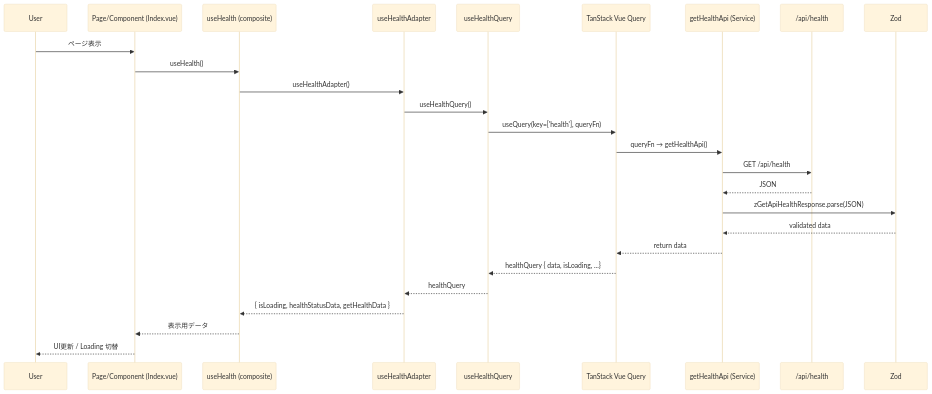
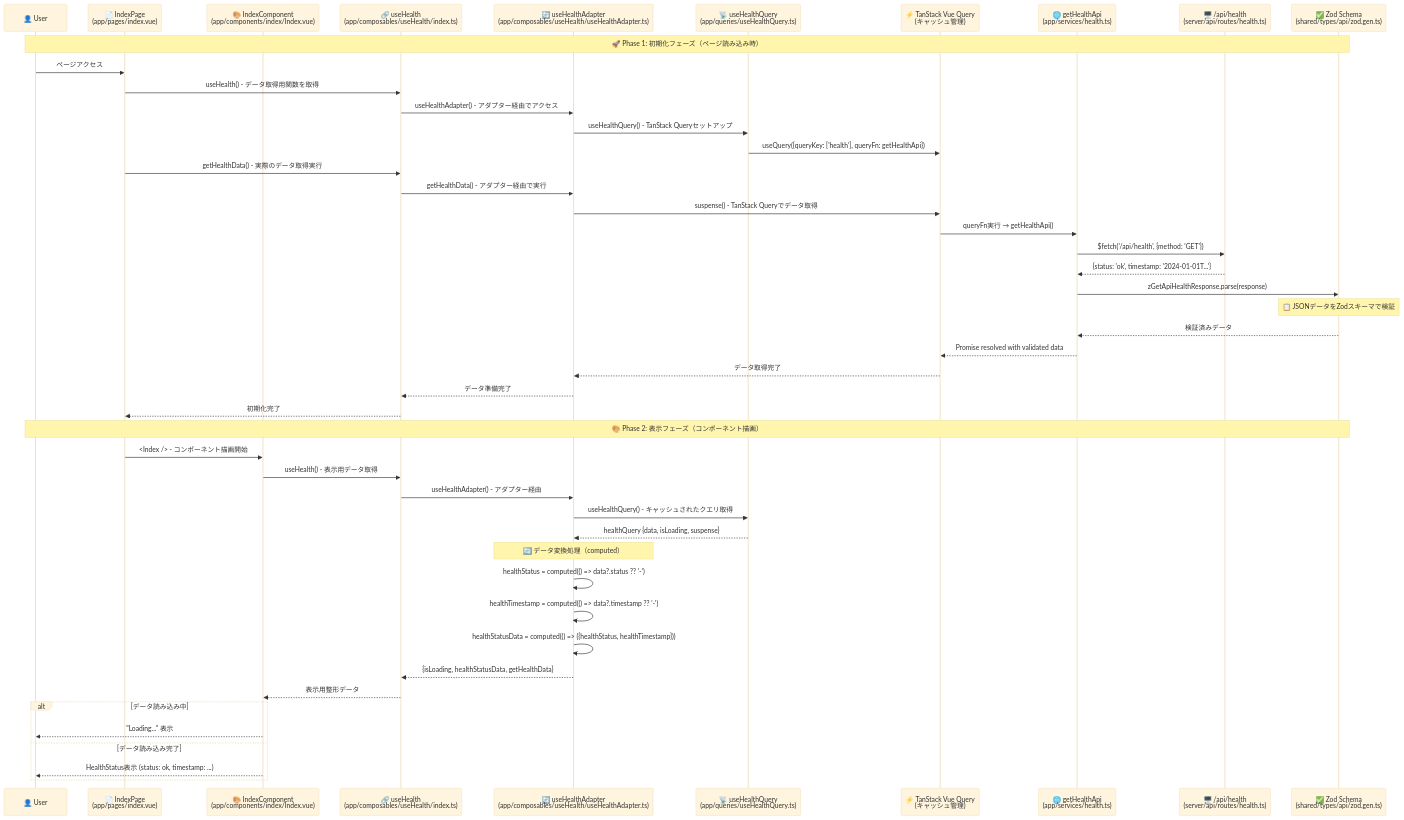
Before and after one commit to XeicuLy/nuxt-frontend-architect-sample: the diagram in README.md, drawn with Mermaid (base theme).

Commit message:
📝 docs: シーケンス図改修

````diff
--- a/README.md
+++ b/README.md
@@ -52,29 +52,54 @@
 ```mermaid
 sequenceDiagram
-  participant U as User
-  participant C as Page/Component (Index.vue)
-  participant H as useHealth (composite)
-  participant A as useHealthAdapter
-  participant Q as useHealthQuery
-  participant VQ as TanStack Vue Query
-  participant S as getHealthApi (Service)
-  participant API as /api/health
-  participant Z as Zod
+  participant U as 👤 User
+  participant IP as 📄 IndexPage<br/>(app/pages/index.vue)
+  participant IC as 🎨 IndexComponent<br/>(app/components/index/Index.vue)
+  participant H as 🔗 useHealth<br/>(app/composables/useHealth/index.ts)
+  participant A as 🔄 useHealthAdapter<br/>(app/composables/useHealth/useHealthAdapter.ts)
+  participant Q as 📡 useHealthQuery<br/>(app/queries/useHealthQuery.ts)
+  participant VQ as ⚡ TanStack Vue Query<br/>(キャッシュ管理)
+  participant S as 🌐 getHealthApi<br/>(app/services/health.ts)
+  participant API as 🖥️ /api/health<br/>(server/api/routes/health.ts)
+  participant Z as ✅ Zod Schema<br/>(shared/types/api/zod.gen.ts)
 
-  U->>C: ページ表示
-  C->>H: useHealth()
-  H->>A: useHealthAdapter()
-  A->>Q: useHealthQuery()
-  Q->>VQ: useQuery(key=['health'], queryFn)
-  VQ->>S: queryFn → getHealthApi()
-  S->>API: GET /api/health
-  API-->>S: JSON
-  S->>Z: zGetApiHealthResponse.parse(JSON)
-  Z-->>S: validated data
-  S-->>VQ: return data
-  VQ-->>Q: healthQuery { data, isLoading, ...}
-  Q-->>A: healthQuery
-  A-->>H: { isLoading, healthStatusData, getHealthData }
-  H-->>C: 表示用データ
-  C-->>U: UI更新 / Loading 切替
+  note over U, Z: 🚀 Phase 1: 初期化フェーズ（ページ読み込み時）
+  U->>IP: ページアクセス
+  IP->>H: useHealth() - データ取得用関数を取得
+  H->>A: useHealthAdapter() - アダプター経由でアクセス
+  A->>Q: useHealthQuery() - TanStack Queryセットアップ
+  Q->>VQ: useQuery({queryKey: ['health'], queryFn: getHealthApi})
+  IP->>H: getHealthData() - 実際のデータ取得実行
+  H->>A: getHealthData() - アダプター経由で実行
+  A->>VQ: suspense() - TanStack Queryでデータ取得
+  VQ->>S: queryFn実行 → getHealthApi()
+  S->>API: $fetch('/api/health', {method: 'GET'})
+  API-->>S: {status: 'ok', timestamp: '2024-01-01T...'}
+  S->>Z: zGetApiHealthResponse.parse(response)
+  note over Z: 📋 JSONデータをZodスキーマで検証
+  Z-->>S: 検証済みデータ
+  S-->>VQ: Promise resolved with validated data
+  VQ-->>A: データ取得完了
+  A-->>H: データ準備完了
+  H-->>IP: 初期化完了
+
+  note over U, Z: 🎨 Phase 2: 表示フェーズ（コンポーネント描画）
+  IP->>IC: <Index /> - コンポーネント描画開始
+  IC->>H: useHealth() - 表示用データ取得
+  H->>A: useHealthAdapter() - アダプター経由
+  A->>Q: useHealthQuery() - キャッシュされたクエリ取得
+  Q-->>A: healthQuery {data, isLoading, suspense}
+
+  note over A: 🔄 データ変換処理（computed）
+  A->>A: healthStatus = computed(() => data?.status ?? '-')
+  A->>A: healthTimestamp = computed(() => data?.timestamp ?? '-')
+  A->>A: healthStatusData = computed(() => ({healthStatus, healthTimestamp}))
+
+  A-->>H: {isLoading, healthStatusData, getHealthData}
+  H-->>IC: 表示用整形データ
+
+  alt データ読み込み中
+    IC-->>U: "Loading..." 表示
+  else データ読み込み完了
+    IC-->>U: HealthStatus表示 (status: ok, timestamp: ...)
+  end
 ```
````
